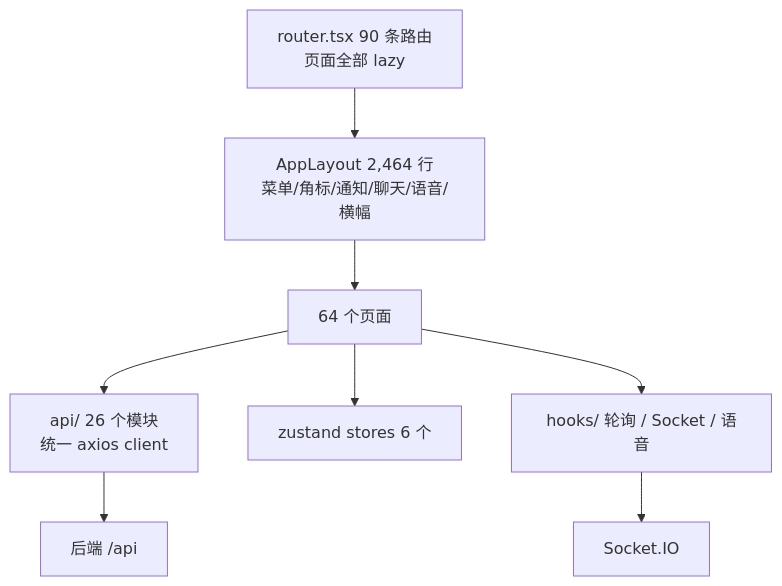
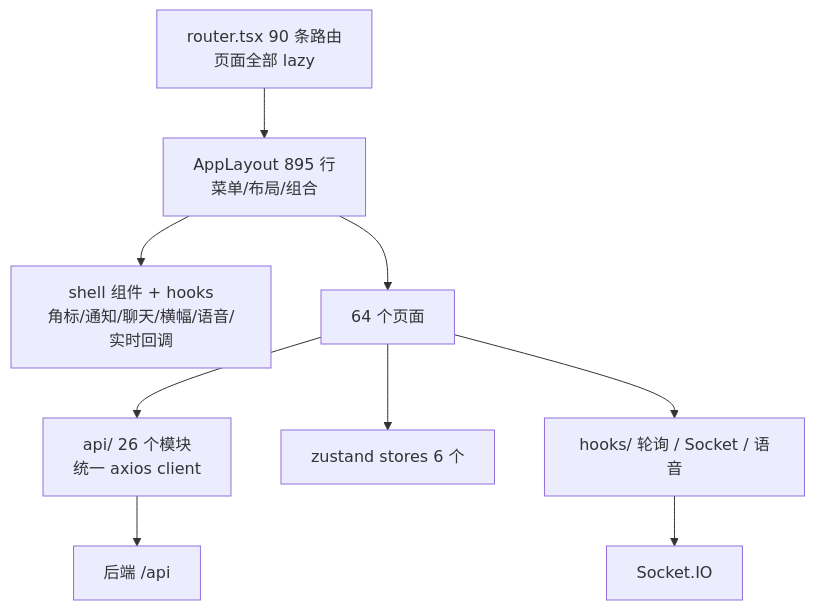
Before and after one commit to opsvr-ai/game-workspace: the third of 3 diagrams in docs/PLATFORM-DESIGN.md, drawn with Mermaid. The commit also changed other lines of this file and 5 other files, not shown here.

````diff
--- a/docs/PLATFORM-DESIGN.md
+++ b/docs/PLATFORM-DESIGN.md
@@ -156,10 +167,11 @@
 ```mermaid
 flowchart TB
-  R[router.tsx 90 条路由<br/>页面全部 lazy] --> L[AppLayout 2,464 行<br/>菜单/角标/通知/聊天/语音/横幅]
+  R[router.tsx 90 条路由<br/>页面全部 lazy] --> L[AppLayout 895 行<br/>菜单/布局/组合]
+  L --> SH[shell 组件 + hooks<br/>角标/通知/聊天/横幅/语音/实时回调]
   L --> P[64 个页面]
   P --> A[api/ 26 个模块<br/>统一 axios client]
   P --> S[zustand stores 6 个]
   P --> H[hooks/ 轮询 / Socket / 语音]
   A --> X[后端 /api]
   H --> WS[Socket.IO]
 ```
````
